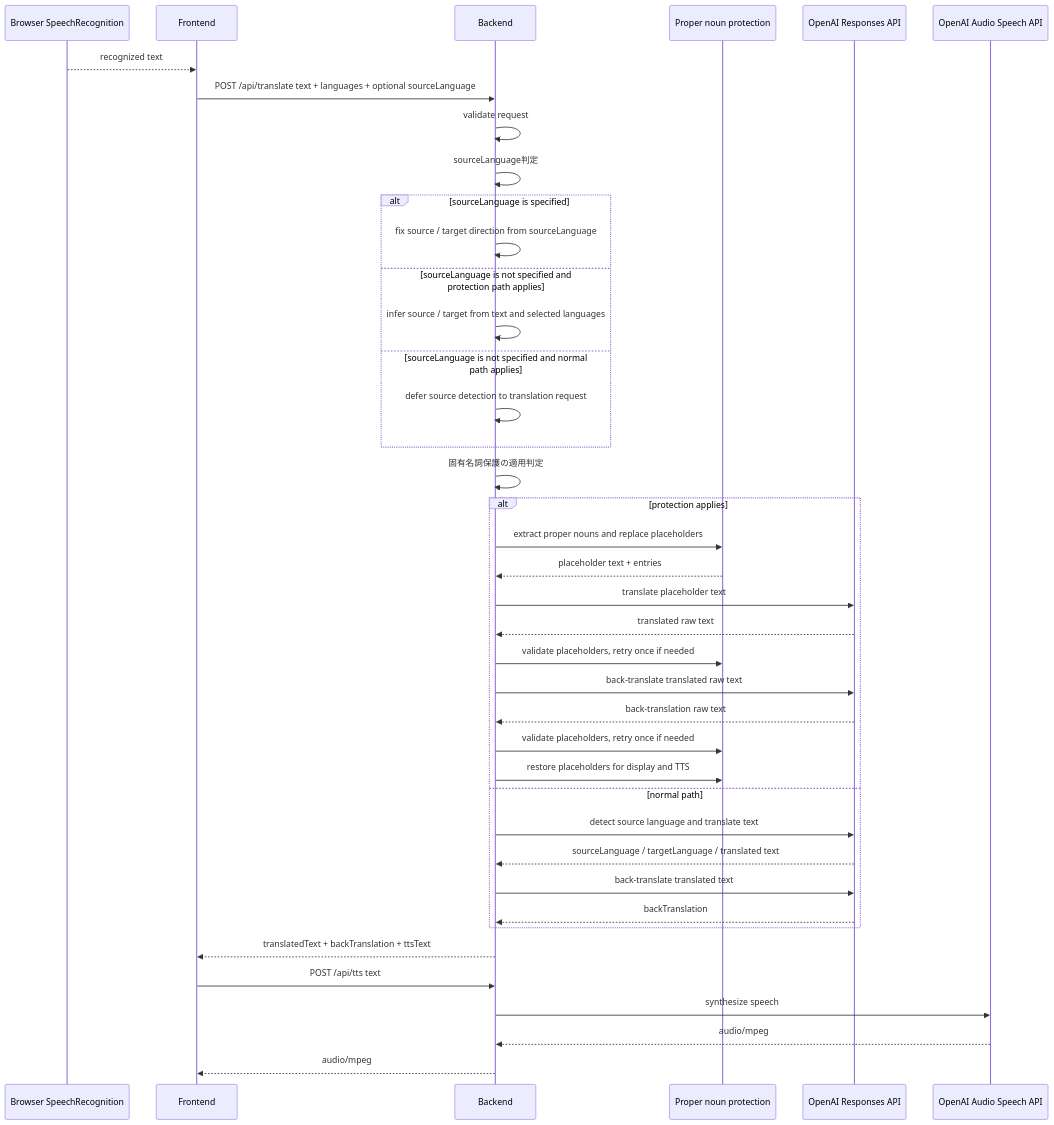
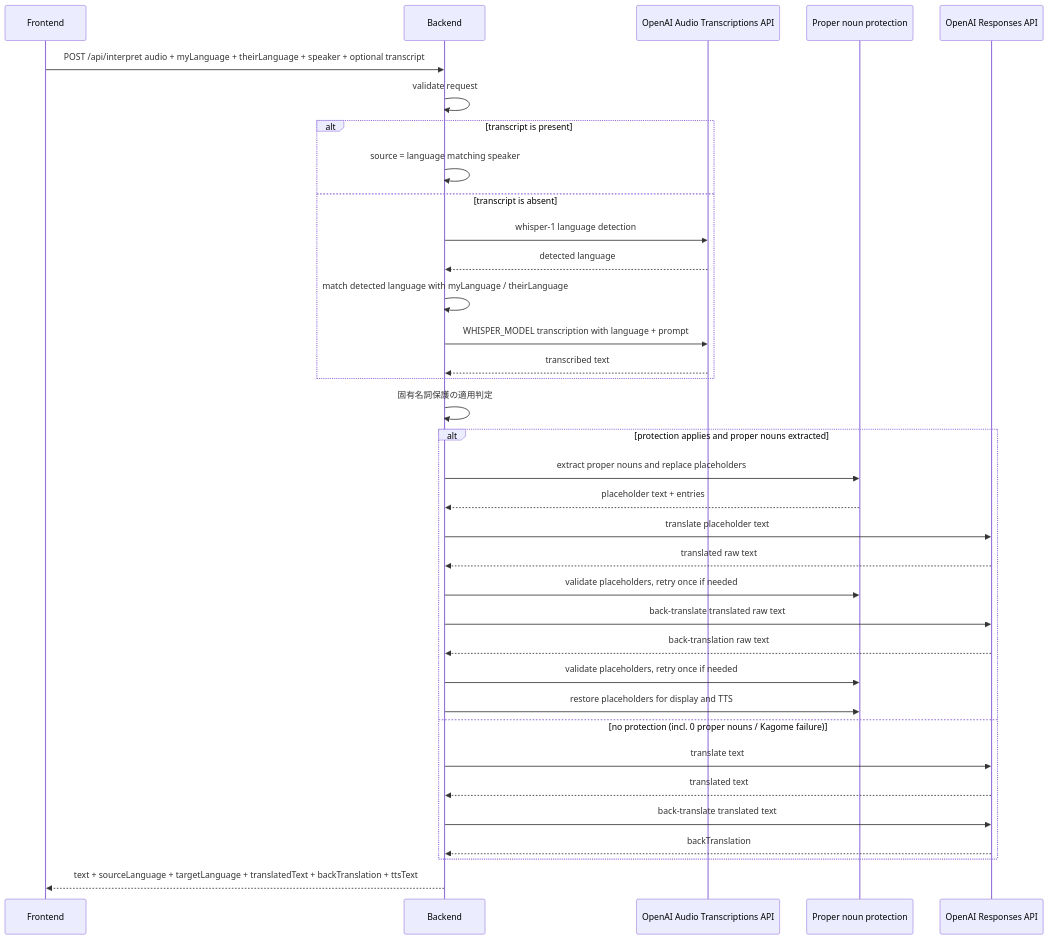
Before and after one commit to shin-arita/gotalk: the second of 3 diagrams in docs/architecture.md, drawn with Mermaid. The commit also changed other lines of this file and 12 other files, not shown here.

First line of the commit message:
docs: ドキュメントを現行実装（/api/interpret 構成）に合わせて修正 (#14)

````diff
--- a/docs/architecture.md
+++ b/docs/architecture.md
@@ -109,43 +117,38 @@
 ```mermaid
 sequenceDiagram
-  participant Browser as Browser SpeechRecognition
   participant FE as Frontend
   participant BE as Backend
+  participant WH as OpenAI Audio Transcriptions API
   participant PN as Proper noun protection
   participant OA as OpenAI Responses API
-  participant TTS as OpenAI Audio Speech API
 
-  Browser-->>FE: recognized text
-  FE->>BE: POST /api/translate text + languages + optional sourceLanguage
+  FE->>BE: POST /api/interpret audio + myLanguage + theirLanguage + speaker + optional transcript
   BE->>BE: validate request
-  BE->>BE: sourceLanguage判定
-  alt sourceLanguage is specified
-    BE->>BE: fix source / target direction from sourceLanguage
-  else sourceLanguage is not specified and protection path applies
-    BE->>BE: infer source / target from text and selected languages
-  else sourceLanguage is not specified and normal path applies
-    BE->>BE: defer source detection to translation request
+  alt transcript is present
+    BE->>BE: source = language matching speaker
+  else transcript is absent
+    BE->>WH: whisper-1 language detection
+    WH-->>BE: detected language
+    BE->>BE: match detected language with myLanguage / theirLanguage
+    BE->>WH: WHISPER_MODEL transcription with language + prompt
+    WH-->>BE: transcribed text
   end
   BE->>BE: 固有名詞保護の適用判定
-  alt protection applies
+  alt protection applies and proper nouns extracted
     BE->>PN: extract proper nouns and replace placeholders
     PN-->>BE: placeholder text + entries
     BE->>OA: translate placeholder text
     OA-->>BE: translated raw text
     BE->>PN: validate placeholders, retry once if needed
     BE->>OA: back-translate translated raw text
     OA-->>BE: back-translation raw text
     BE->>PN: validate placeholders, retry once if needed
     BE->>PN: restore placeholders for display and TTS
-  else normal path
-    BE->>OA: detect source language and translate text
-    OA-->>BE: sourceLanguage / targetLanguage / translated text
+  else no protection (incl. 0 proper nouns / Kagome failure)
+    BE->>OA: translate text
+    OA-->>BE: translated text
     BE->>OA: back-translate translated text
     OA-->>BE: backTranslation
   end
-  BE-->>FE: translatedText + backTranslation + ttsText
-  FE->>BE: POST /api/tts text
-  BE->>TTS: synthesize speech
-  TTS-->>BE: audio/mpeg
-  BE-->>FE: audio/mpeg
+  BE-->>FE: text + sourceLanguage + targetLanguage + translatedText + backTranslation + ttsText
 ```
````
